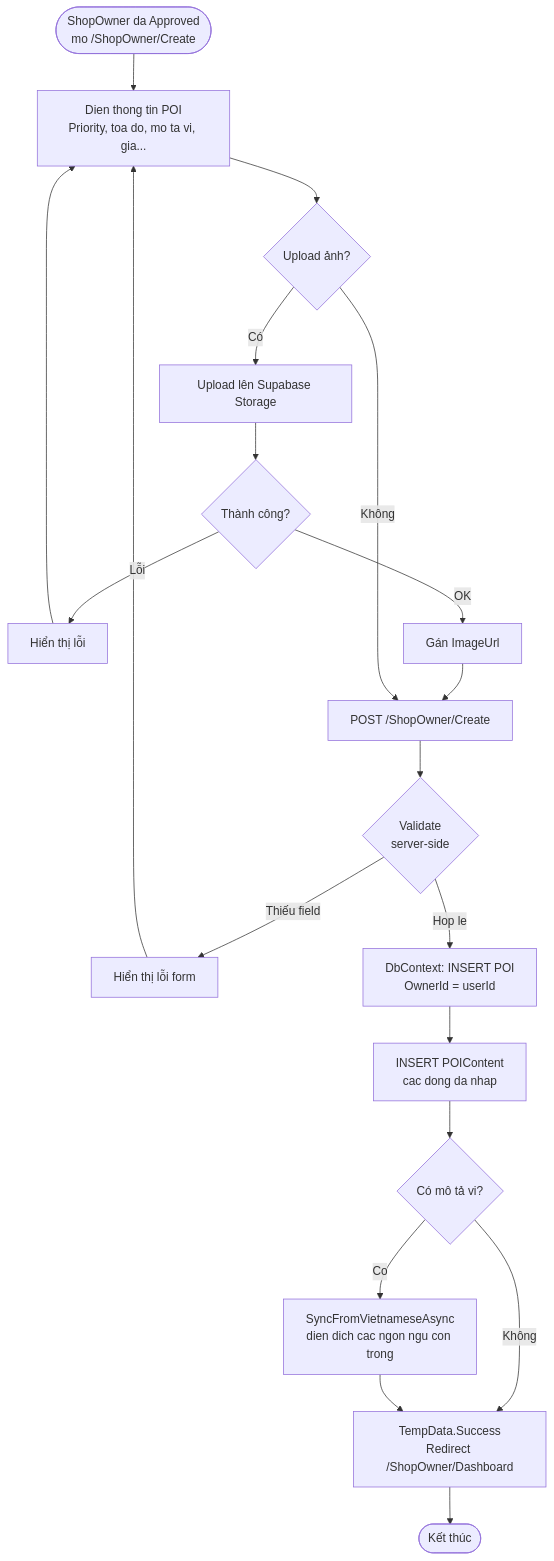
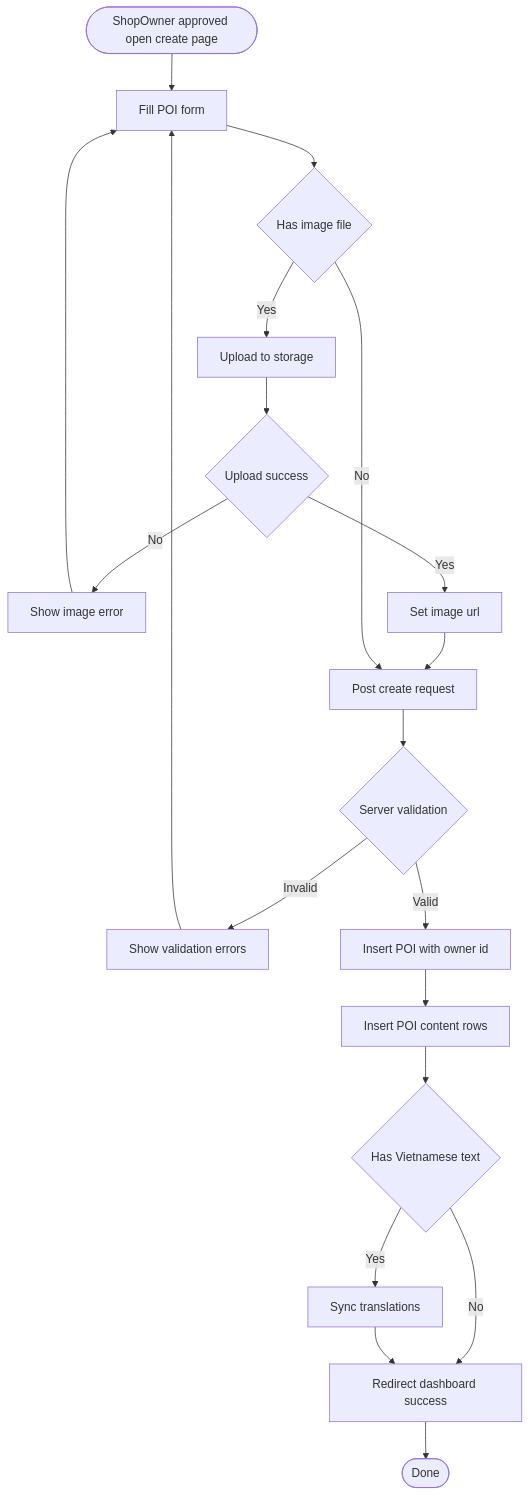
Diagram 32 of 44 in docs/PRODUCT_REQUIREMENTS.md (KhanhChung2k5/k_tour), drawn with Mermaid before and after one commit. The commit also changed other lines of this file, not shown here.

Commit message:
Fix display diagram on github

````diff
--- a/docs/PRODUCT_REQUIREMENTS.md
+++ b/docs/PRODUCT_REQUIREMENTS.md
@@ -1616,22 +1616,22 @@
 ```mermaid
 flowchart TD
-    Start([ShopOwner da Approved<br/>mo /ShopOwner/Create]) --> FillForm[Dien thong tin POI<br/>Priority, toa do, mo ta vi, gia...]
-    FillForm --> HasImg{Upload ảnh?}
-    HasImg -->|Có| UploadImg[Upload lên Supabase Storage]
-    UploadImg --> ImgOK{Thành công?}
-    ImgOK -->|Lỗi| ShowImgErr[Hiển thị lỗi]
+    Start([ShopOwner approved open create page]) --> FillForm[Fill POI form]
+    FillForm --> HasImg{Has image file}
+    HasImg -->|Yes| UploadImg[Upload to storage]
+    UploadImg --> ImgOK{Upload success}
+    ImgOK -->|No| ShowImgErr[Show image error]
     ShowImgErr --> FillForm
-    ImgOK -->|OK| SetUrl[Gán ImageUrl]
+    ImgOK -->|Yes| SetUrl[Set image url]
     SetUrl --> Submit
-    HasImg -->|Không| Submit[POST /ShopOwner/Create]
-    Submit --> ValidSrv{Validate<br/>server-side}
-    ValidSrv -->|Thiếu field| ShowErr[Hiển thị lỗi form]
+    HasImg -->|No| Submit[Post create request]
+    Submit --> ValidSrv{Server validation}
+    ValidSrv -->|Invalid| ShowErr[Show validation errors]
     ShowErr --> FillForm
-    ValidSrv -->|Hop le| SaveDB[DbContext: INSERT POI<br/>OwnerId = userId]
-    SaveDB --> SaveContent[INSERT POIContent<br/>cac dong da nhap]
-    SaveContent --> HasVi{Có mô tả vi?}
-    HasVi -->|Co| SyncTrans[SyncFromVietnameseAsync<br/>dien dich cac ngon ngu con trong]
-    HasVi -->|Không| RedirectOK
-    SyncTrans --> RedirectOK[TempData.Success<br/>Redirect /ShopOwner/Dashboard]
-    RedirectOK --> End([Kết thúc])
+    ValidSrv -->|Valid| SaveDB[Insert POI with owner id]
+    SaveDB --> SaveContent[Insert POI content rows]
+    SaveContent --> HasVi{Has Vietnamese text}
+    HasVi -->|Yes| SyncTrans[Sync translations]
+    HasVi -->|No| RedirectOK
+    SyncTrans --> RedirectOK[Redirect dashboard success]
+    RedirectOK --> End([Done])
 ```
````
